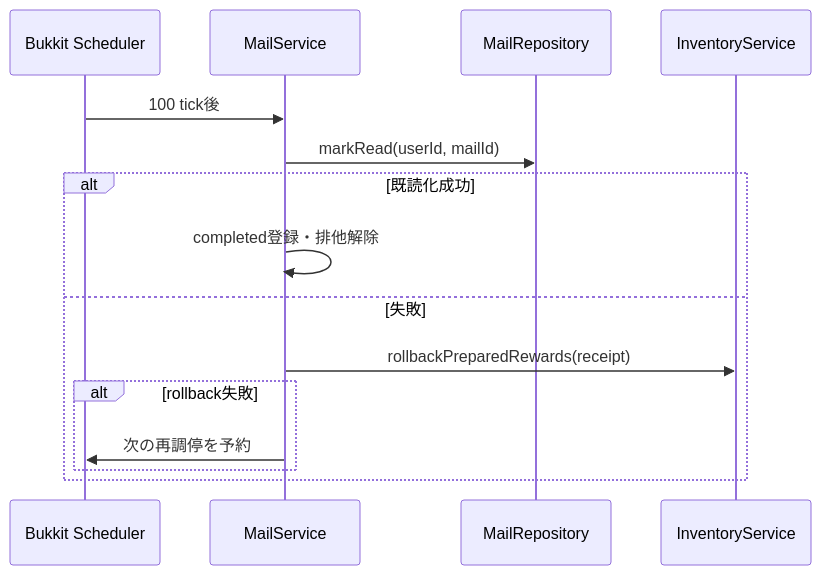
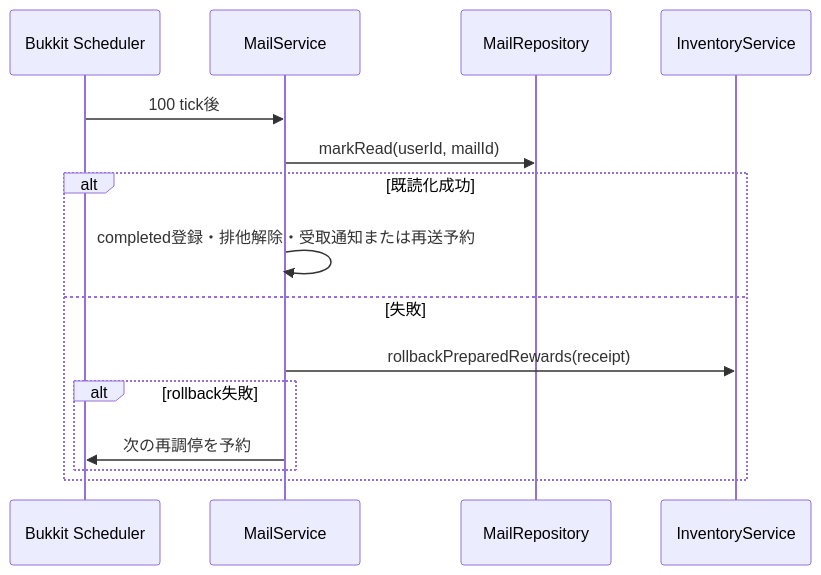
Before and after one commit to maaasu/AstralRecord-Workspace: the third of 4 diagrams in 00_docs/10_Plugin設計書/feature/18-mail/18_4-統合フロー.md, drawn with Mermaid. The commit also changed other lines of this file and 9 other files, not shown here.

````diff
--- a/00_docs/10_Plugin設計書/feature/18-mail/18_4-統合フロー.md
+++ b/00_docs/10_Plugin設計書/feature/18-mail/18_4-統合フロー.md
@@ -74,17 +75,17 @@
 ```mermaid
 sequenceDiagram
     participant Scheduler as Bukkit Scheduler
     participant Service as MailService
     participant Repo as MailRepository
     participant Inventory as InventoryService
     Scheduler->>Service: 100 tick後
     Service->>Repo: markRead(userId, mailId)
     alt 既読化成功
-        Service->>Service: completed登録・排他解除
+        Service->>Service: completed登録・排他解除・受取通知または再送予約
     else 失敗
         Service->>Inventory: rollbackPreparedRewards(receipt)
         alt rollback失敗
             Service->>Scheduler: 次の再調停を予約
         end
     end
 ```
````
